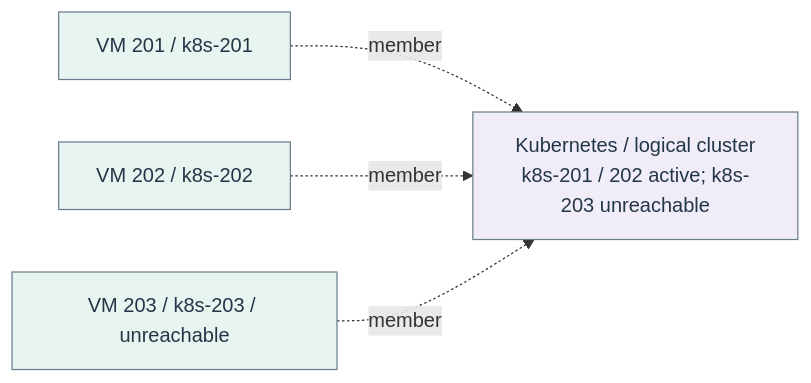
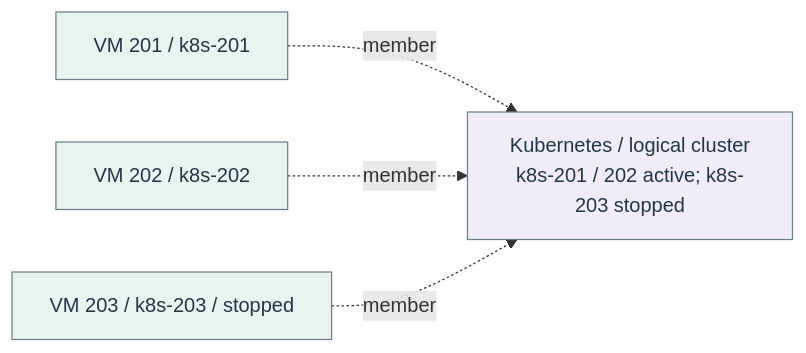
Diagram 18 of 22 in docs/architecture/homelab-mermaid.md (Harsh-2002/Homelab), drawn with Mermaid before and after one commit. The commit also changed other lines of this file and 51 other files, not shown here.

````diff
--- a/docs/architecture/homelab-mermaid.md
+++ b/docs/architecture/homelab-mermaid.md
@@ -554,14 +554,14 @@
 ```mermaid
 flowchart LR
-  n_flow_8_0["Kubernetes / logical cluster<br/>k8s-201 / 202 active; k8s-203 unreachable"]
+  n_flow_8_0["Kubernetes / logical cluster<br/>k8s-201 / 202 active; k8s-203 stopped"]
   n_flow_8_1["VM 201 / k8s-201"]
   n_flow_8_2["VM 202 / k8s-202"]
-  n_flow_8_3["VM 203 / k8s-203 / unreachable"]
+  n_flow_8_3["VM 203 / k8s-203 / stopped"]
   n_flow_8_1 -.->|"member"| n_flow_8_0
   n_flow_8_2 -.->|"member"| n_flow_8_0
   n_flow_8_3 -.->|"member"| n_flow_8_0
   classDef c_flow_8_0 fill:#f0edf9,stroke:#6c7f8c,color:#233647;
   class n_flow_8_0 c_flow_8_0;
   classDef c_flow_8_1 fill:#e8f4f0,stroke:#6c7f8c,color:#233647;
   class n_flow_8_1,n_flow_8_2,n_flow_8_3 c_flow_8_1;
 ```
````
